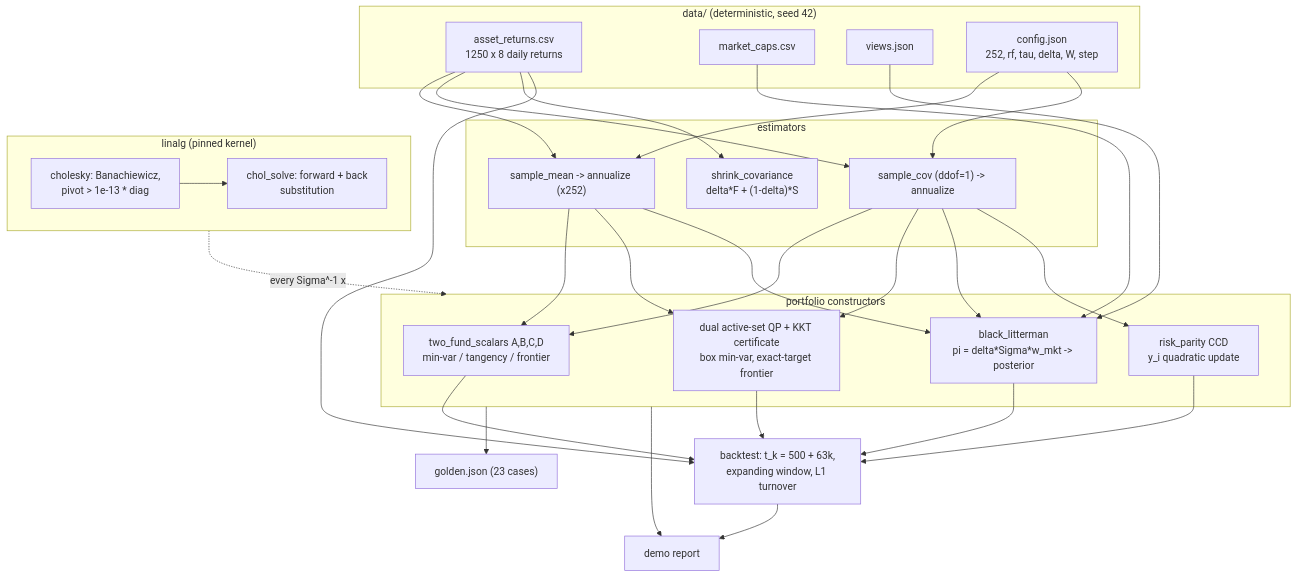
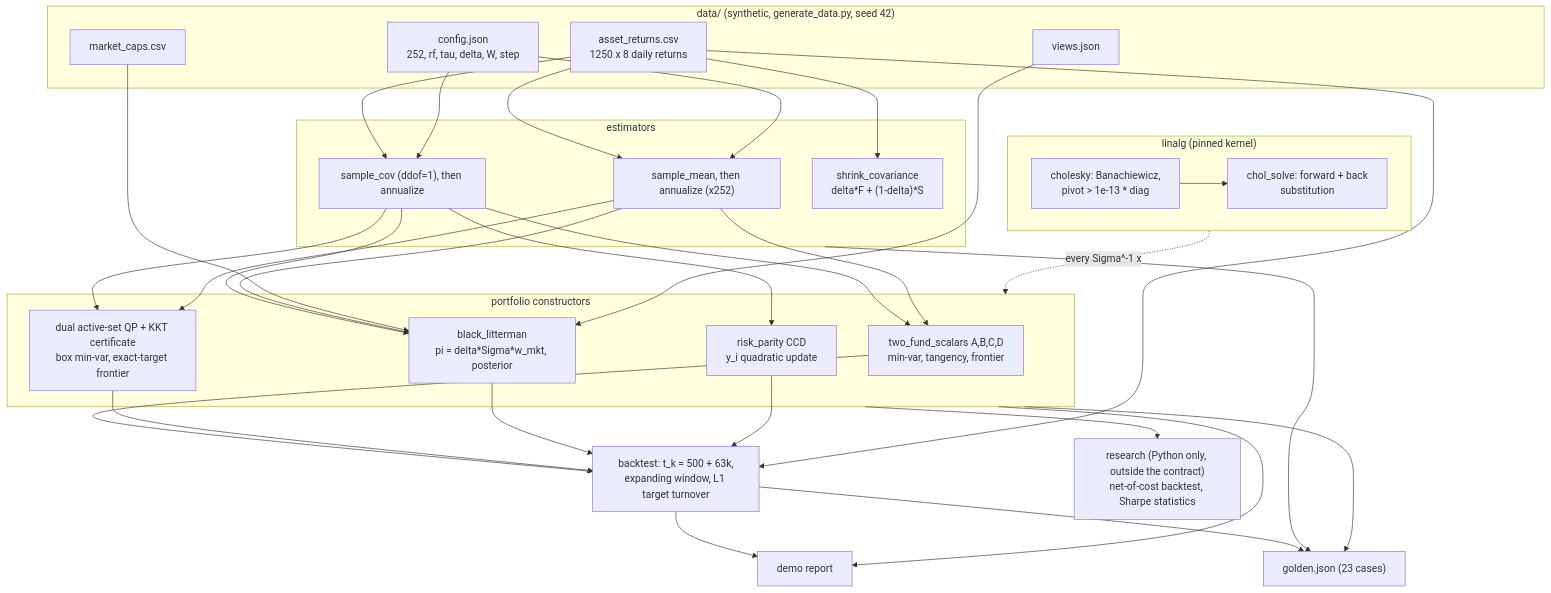
The diagram in docs/diagrams/dataflow.mmd (AshJha0/portfolio-construction), drawn with Mermaid before and after one commit. The commit also changed 91 other files, not shown here.

```diff
--- a/docs/diagrams/dataflow.mmd
+++ b/docs/diagrams/dataflow.mmd
@@ -1,54 +1,58 @@
 flowchart TD
-    subgraph DATA["data/ (deterministic, seed 42)"]
-        RET[asset_returns.csv<br/>1250 x 8 daily returns]
+    subgraph DATA["data/ (synthetic, generate_data.py, seed 42)"]
+        RET["asset_returns.csv<br/>1250 x 8 daily returns"]
         CAPS[market_caps.csv]
         VIEWS[views.json]
-        CFG[config.json<br/>252, rf, tau, delta, W, step]
+        CFG["config.json<br/>252, rf, tau, delta, W, step"]
     end
 
     subgraph EST["estimators"]
-        MU["sample_mean -> annualize (x252)"]
-        COV["sample_cov (ddof=1) -> annualize"]
+        MU["sample_mean, then annualize (x252)"]
+        COV["sample_cov (ddof=1), then annualize"]
         LW["shrink_covariance<br/>delta*F + (1-delta)*S"]
     end
 
     subgraph LA["linalg (pinned kernel)"]
         CHOL["cholesky: Banachiewicz,<br/>pivot > 1e-13 * diag"]
         SOLVE["chol_solve: forward + back<br/>substitution"]
     end
 
     subgraph OPT["portfolio constructors"]
-        TF["two_fund_scalars A,B,C,D<br/>min-var / tangency / frontier"]
+        TF["two_fund_scalars A,B,C,D<br/>min-var, tangency, frontier"]
         QP["dual active-set QP + KKT certificate<br/>box min-var, exact-target frontier"]
-        BL["black_litterman<br/>pi = delta*Sigma*w_mkt -> posterior"]
+        BL["black_litterman<br/>pi = delta*Sigma*w_mkt, posterior"]
         RP["risk_parity CCD<br/>y_i quadratic update"]
     end
 
-    BT["backtest: t_k = 500 + 63k,<br/>expanding window, L1 turnover"]
+    BT["backtest: t_k = 500 + 63k,<br/>expanding window, L1 target turnover"]
+    RES["research (Python only, outside the contract)<br/>net-of-cost backtest, Sharpe statistics"]
     OUTG["golden.json (23 cases)"]
     OUTD["demo report"]
 
     RET --> MU
     RET --> COV
     RET --> LW
     CFG --> MU
     CFG --> COV
     COV --> TF
     COV --> QP
     COV --> BL
     COV --> RP
     MU --> TF
     MU --> QP
     MU --> BL
     CAPS --> BL
     VIEWS --> BL
     CHOL --> SOLVE
     LA -. "every Sigma^-1 x" .-> OPT
     TF --> BT
     QP --> BT
     BL --> BT
     RP --> BT
     RET --> BT
+    OPT --> RES
     BT --> OUTD
+    EST --> OUTG
     OPT --> OUTG
+    BT --> OUTG
     OPT --> OUTD
```
